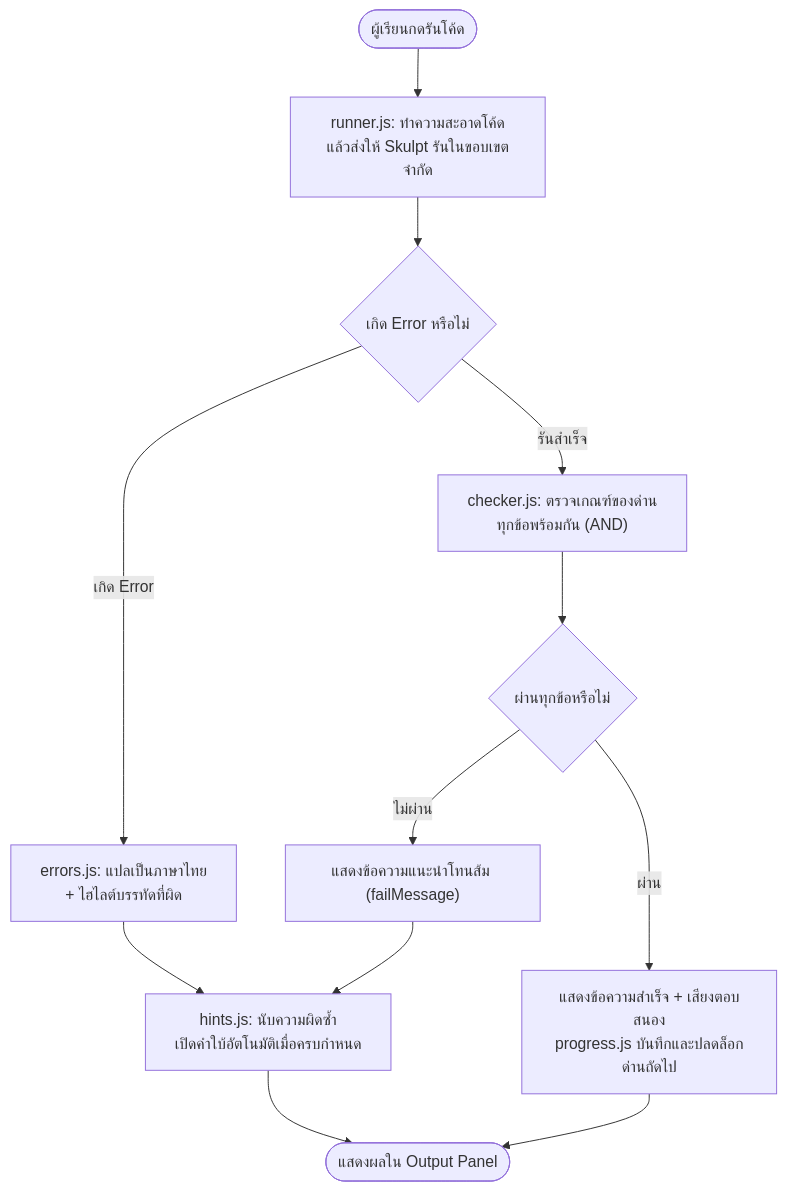
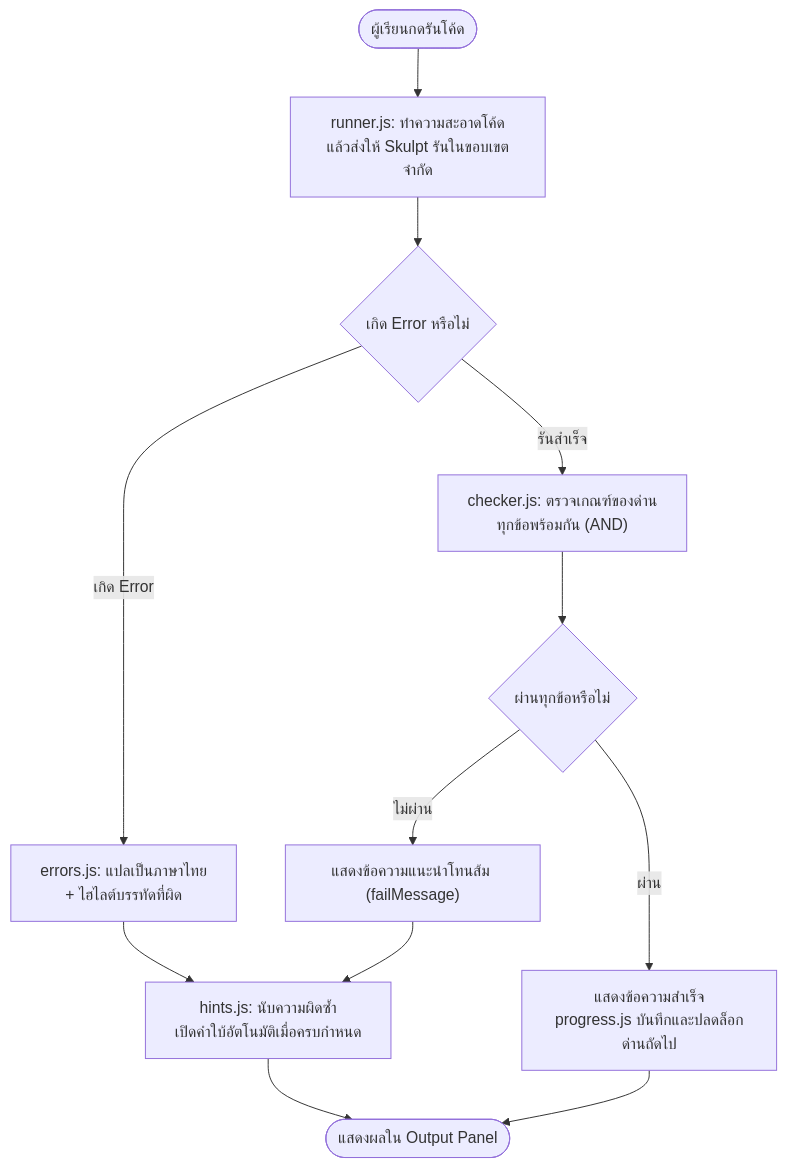
The fourth of 4 diagrams in บทที่2_เอกสารและงานวิจัยที่เกี่ยวข้อง.md (onehanddev01-sys/Learning-Platform), drawn with Mermaid before and after one commit. The commit also changed other lines of this file and 6 other files, not shown here.

````diff
--- a/บทที่2_เอกสารและงานวิจัยที่เกี่ยวข้อง.md
+++ b/บทที่2_เอกสารและงานวิจัยที่เกี่ยวข้อง.md
@@ -912,14 +887,14 @@
 ```mermaid
 flowchart TD
     A([ผู้เรียนกดรันโค้ด]) --> B["runner.js: ทำความสะอาดโค้ด<br/>แล้วส่งให้ Skulpt รันในขอบเขตจำกัด"]
     B --> C{เกิด Error หรือไม่}
     C -- เกิด Error --> D["errors.js: แปลเป็นภาษาไทย<br/>+ ไฮไลต์บรรทัดที่ผิด"]
     C -- รันสำเร็จ --> F["checker.js: ตรวจเกณฑ์ของด่าน<br/>ทุกข้อพร้อมกัน (AND)"]
     F --> G{ผ่านทุกข้อหรือไม่}
-    G -- ผ่าน --> H["แสดงข้อความสำเร็จ + เสียงตอบสนอง<br/>progress.js บันทึกและปลดล็อกด่านถัดไป"]
+    G -- ผ่าน --> H["แสดงข้อความสำเร็จ<br/>progress.js บันทึกและปลดล็อกด่านถัดไป"]
     G -- ไม่ผ่าน --> I["แสดงข้อความแนะนำโทนส้ม (failMessage)"]
     D --> E["hints.js: นับความผิดซ้ำ<br/>เปิดคำใบ้อัตโนมัติเมื่อครบกำหนด"]
     I --> E
     E --> Z([แสดงผลใน Output Panel])
     H --> Z
 ```
````
